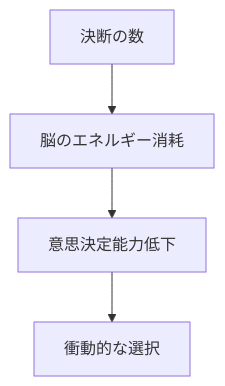
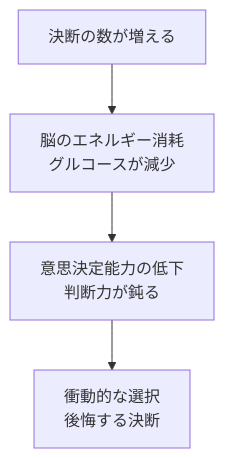
Before and after one commit to tndg16-bot/portfolio-site: the first of 4 diagrams in content/blog/294-choice-minimization-decision-energy.md, drawn with Mermaid. The commit also changed other lines of this file and 19 other files, not shown here.

````diff
--- a/content/blog/294-choice-minimization-decision-energy.md
+++ b/content/blog/294-choice-minimization-decision-energy.md
@@ -38,6 +31,6 @@
 ```mermaid
 graph TD
-    A[決断の数] --> B[脳のエネルギー消耗]
-    B --> C[意思決定能力低下]
-    C --> D[衝動的な選択]
+    A[決断の数が増える] --> B[脳のエネルギー消耗<br/>グルコースが減少]
+    B --> C[意思決定能力の低下<br/>判断力が鈍る]
+    C --> D[衝動的な選択<br/>後悔する決断]
 ```
````
